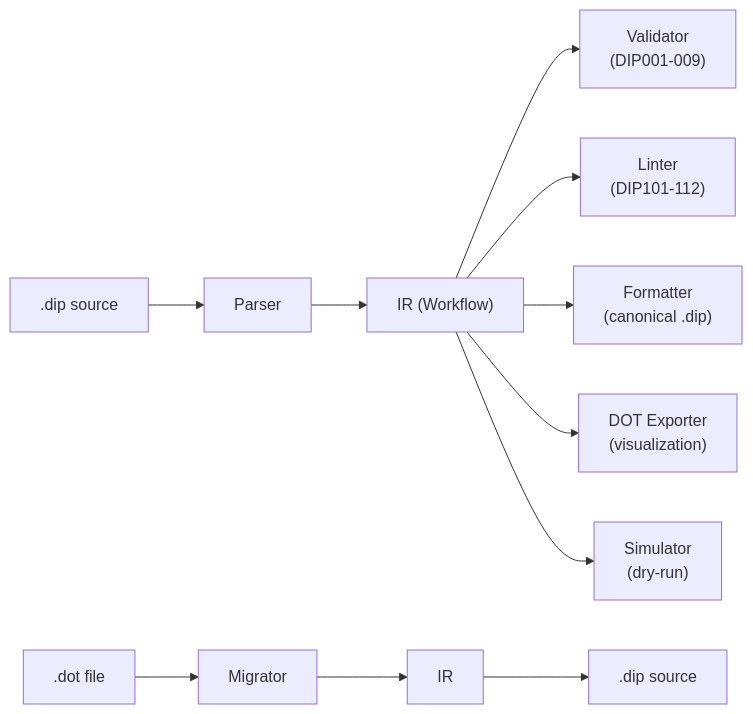
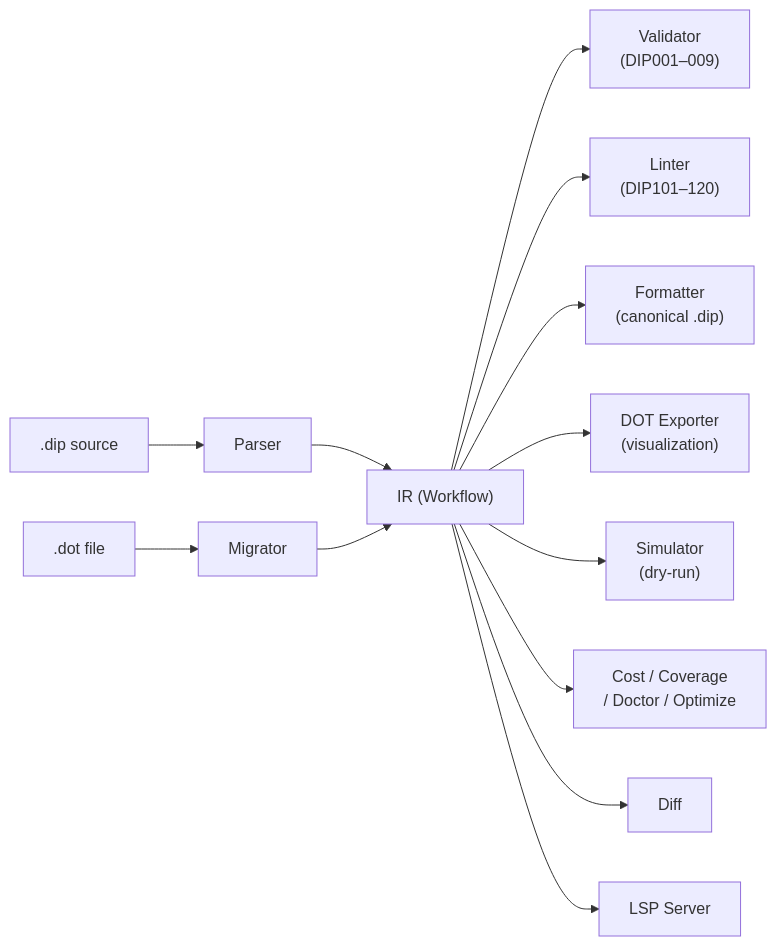
Before and after one commit to michellepellon/dippin-lang: the second of 2 diagrams in README.md, drawn with Mermaid. The commit also changed other lines of this file and 9 other files, not shown here.

````diff
--- a/README.md
+++ b/README.md
@@ -409,12 +452,15 @@
 ```mermaid
 graph LR
     DIP[".dip source"] --> Parser
+    DOT_FILE[".dot file"] --> Migrator
     Parser --> IR["IR (Workflow)"]
-    IR --> Validator["Validator<br>(DIP001-009)"]
-    IR --> Linter["Linter<br>(DIP101-112)"]
+    Migrator --> IR
+    IR --> Validator["Validator<br>(DIP001–009)"]
+    IR --> Linter["Linter<br>(DIP101–120)"]
     IR --> Formatter["Formatter<br>(canonical .dip)"]
     IR --> DOT["DOT Exporter<br>(visualization)"]
     IR --> Sim["Simulator<br>(dry-run)"]
-    DOT_FILE[".dot file"] --> Migrator
-    Migrator --> IR2["IR"] --> DIP_OUT[".dip source"]
+    IR --> Cost["Cost / Coverage<br>/ Doctor / Optimize"]
+    IR --> Diff["Diff"]
+    IR --> LSP["LSP Server"]
 ```
````
